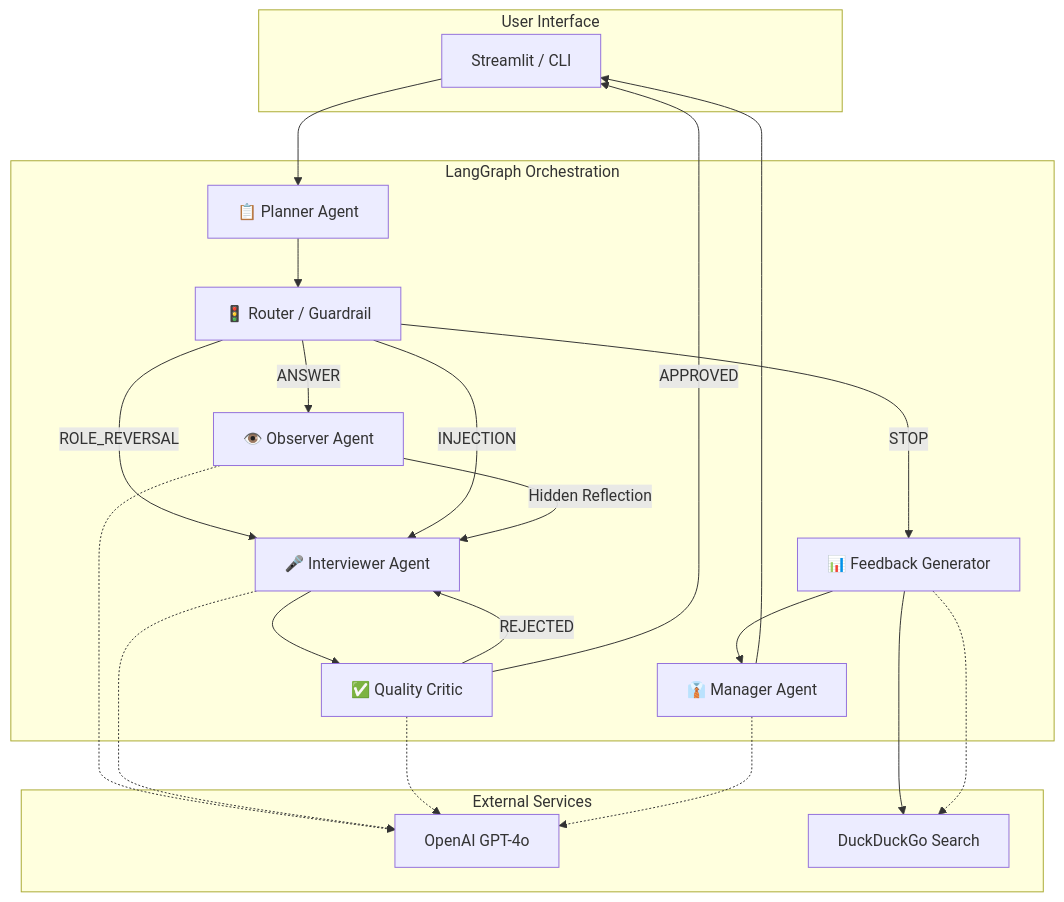
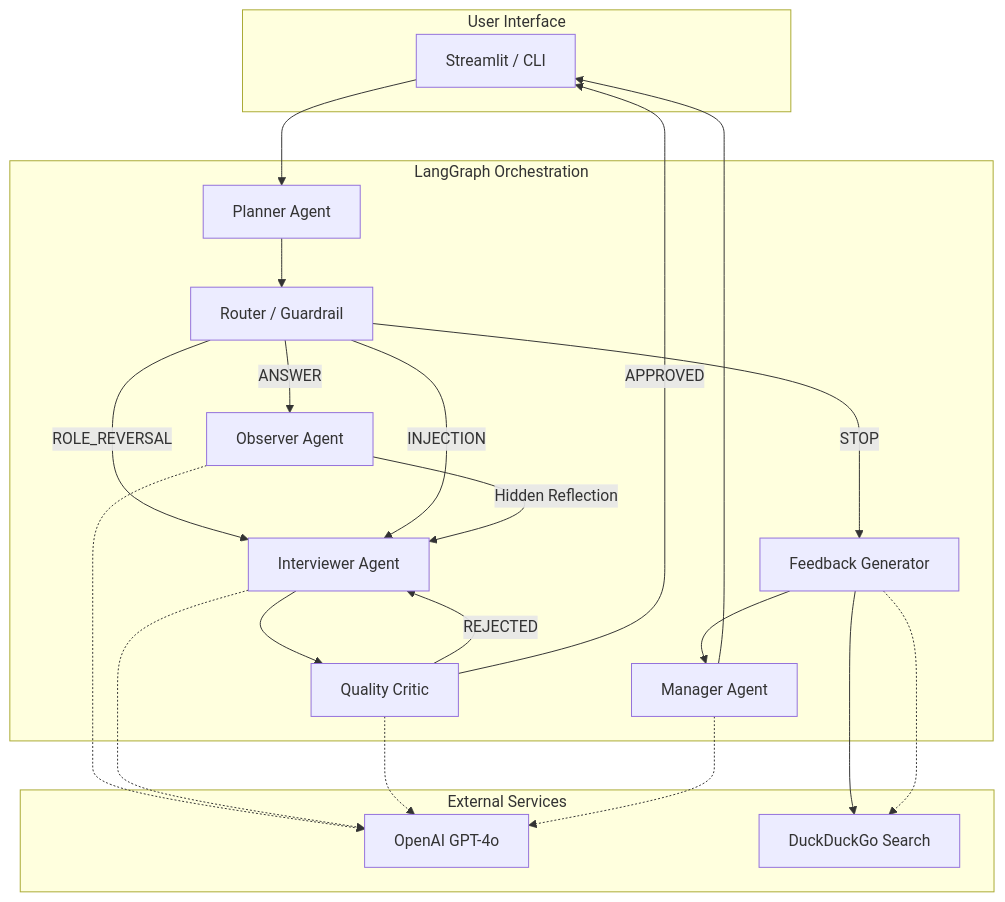
The diagram in README.md (Surmbruh/interview_agents), drawn with Mermaid before and after one commit. The commit also changed other lines of this file, not shown here.

````diff
--- a/README.md
+++ b/README.md
@@ -11,43 +11,43 @@
 ```mermaid
 graph TD
     subgraph "User Interface"
         UI[Streamlit / CLI]
     end
     
     subgraph "LangGraph Orchestration"
-        PLANNER[📋 Planner Agent]
-        ROUTER[🚦 Router / Guardrail]
-        OBSERVER[👁️ Observer Agent]
-        INTERVIEWER[🎤 Interviewer Agent]
-        CRITIC[✅ Quality Critic]
-        FEEDBACK[📊 Feedback Generator]
-        MANAGER[👔 Manager Agent]
+        PLANNER[Planner Agent]
+        ROUTER[Router / Guardrail]
+        OBSERVER[Observer Agent]
+        INTERVIEWER[Interviewer Agent]
+        CRITIC[Quality Critic]
+        FEEDBACK[Feedback Generator]
+        MANAGER[Manager Agent]
     end
     
     subgraph "External Services"
         LLM[OpenAI GPT-4o]
         SEARCH[DuckDuckGo Search]
     end
     
     UI --> PLANNER
     PLANNER --> ROUTER
     ROUTER -->|ANSWER| OBSERVER
     ROUTER -->|ROLE_REVERSAL| INTERVIEWER
     ROUTER -->|INJECTION| INTERVIEWER
     ROUTER -->|STOP| FEEDBACK
     
     OBSERVER -->|"Hidden Reflection"| INTERVIEWER
     INTERVIEWER --> CRITIC
     CRITIC -->|REJECTED| INTERVIEWER
     CRITIC -->|APPROVED| UI
     
     FEEDBACK --> MANAGER
     FEEDBACK --> SEARCH
     MANAGER --> UI
     
     OBSERVER -.-> LLM
     INTERVIEWER -.-> LLM
     CRITIC -.-> LLM
     MANAGER -.-> LLM
     FEEDBACK -.-> SEARCH
 ```
````
